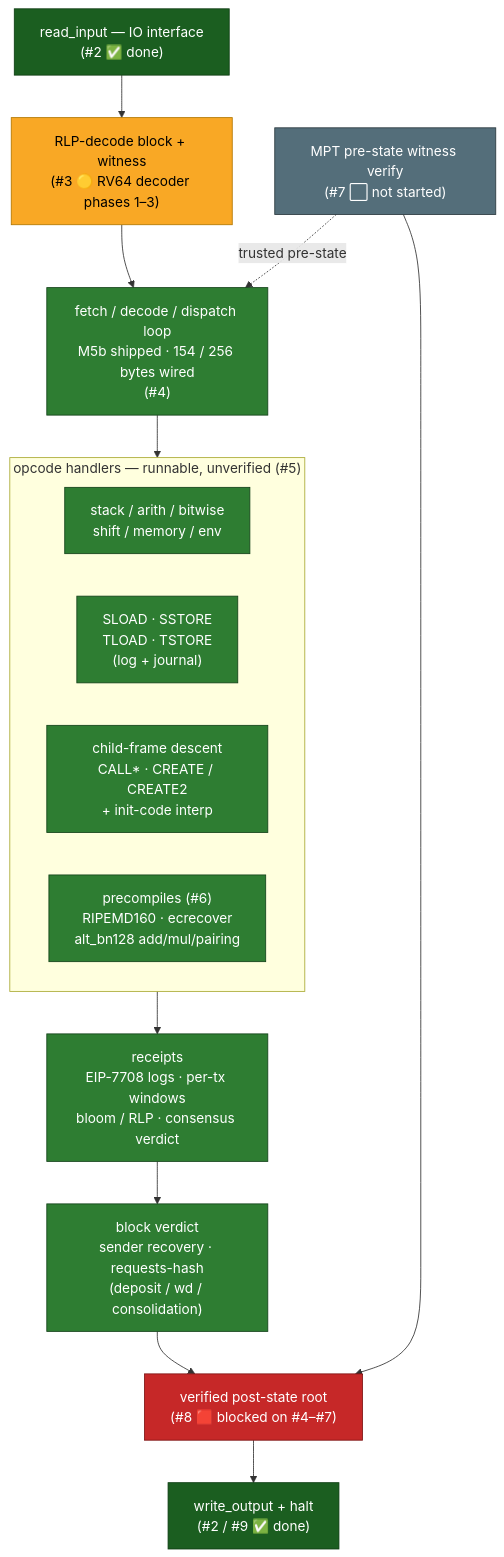
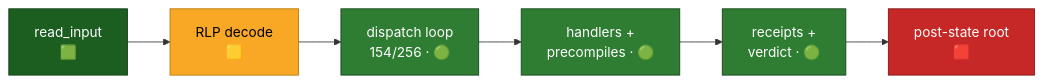
Before and after one commit to Verified-zkEVM/evm-asm: the diagram in docs/reports/2026-06-12.md, drawn with Mermaid. The commit also changed other lines of this file, not shown here.

Commit message:
report: slide-ready codegen summary (compact pipeline + table)

````diff
--- a/docs/reports/2026-06-12.md
+++ b/docs/reports/2026-06-12.md
@@ -123,31 +124,15 @@
 ```mermaid
-flowchart TB
+flowchart LR
     classDef done  fill:#1b5e20,stroke:#0d3d12,color:#fff;
     classDef ship  fill:#2e7d32,stroke:#14431a,color:#fff;
     classDef prog  fill:#f9a825,stroke:#b37700,color:#000;
     classDef block fill:#c62828,stroke:#7f1414,color:#fff;
-    classDef todo  fill:#546e7a,stroke:#2c3a40,color:#fff;
 
-    IN["read_input — IO interface<br/>(#2 ✅ done)"]:::done
-    RLP["RLP-decode block + witness<br/>(#3 🟡 RV64 decoder phases 1–3)"]:::prog
-    LOOP["fetch / decode / dispatch loop<br/>M5b shipped · 154 / 256 bytes wired<br/>(#4)"]:::ship
-
-    subgraph H["opcode handlers — runnable, unverified (#5)"]
-      direction LR
-      STK["stack / arith / bitwise<br/>shift / memory / env"]:::ship
-      STO["SLOAD · SSTORE<br/>TLOAD · TSTORE<br/>(log + journal)"]:::ship
-      CF["child-frame descent<br/>CALL* · CREATE / CREATE2<br/>+ init-code interp"]:::ship
-      PC["precompiles (#6)<br/>RIPEMD160 · ecrecover<br/>alt_bn128 add/mul/pairing"]:::ship
-    end
-
-    RCPT["receipts<br/>EIP-7708 logs · per-tx windows<br/>bloom / RLP · consensus verdict"]:::ship
-    VERD["block verdict<br/>sender recovery · requests-hash<br/>(deposit / wd / consolidation)"]:::ship
-    MPT["MPT pre-state witness verify<br/>(#7 ⬜ not started)"]:::todo
-    ROOT["verified post-state root<br/>(#8 🟥 blocked on #4–#7)"]:::block
-    OUT["write_output + halt<br/>(#2 / #9 ✅ done)"]:::done
-
-    IN --> RLP --> LOOP --> H
-    H --> RCPT --> VERD --> ROOT --> OUT
-    MPT -. trusted pre-state .-> LOOP
-    MPT --> ROOT
+    A["read_input<br/>🟩"]:::done
+    B["RLP decode<br/>🟨"]:::prog
+    C["dispatch loop<br/>154/256 · 🟢"]:::ship
+    D["handlers +<br/>precompiles · 🟢"]:::ship
+    E["receipts +<br/>verdict · 🟢"]:::ship
+    F["post-state root<br/>🟥"]:::block
+    A --> B --> C --> D --> E --> F
 ```
````
